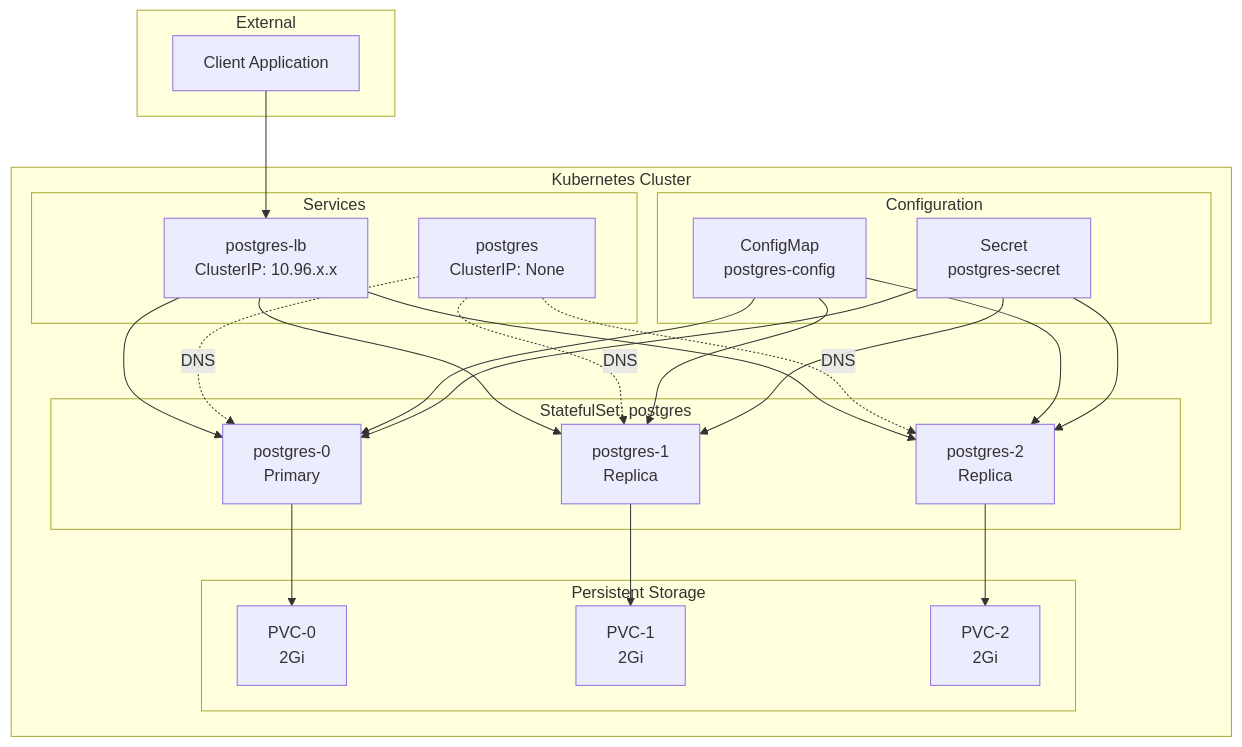
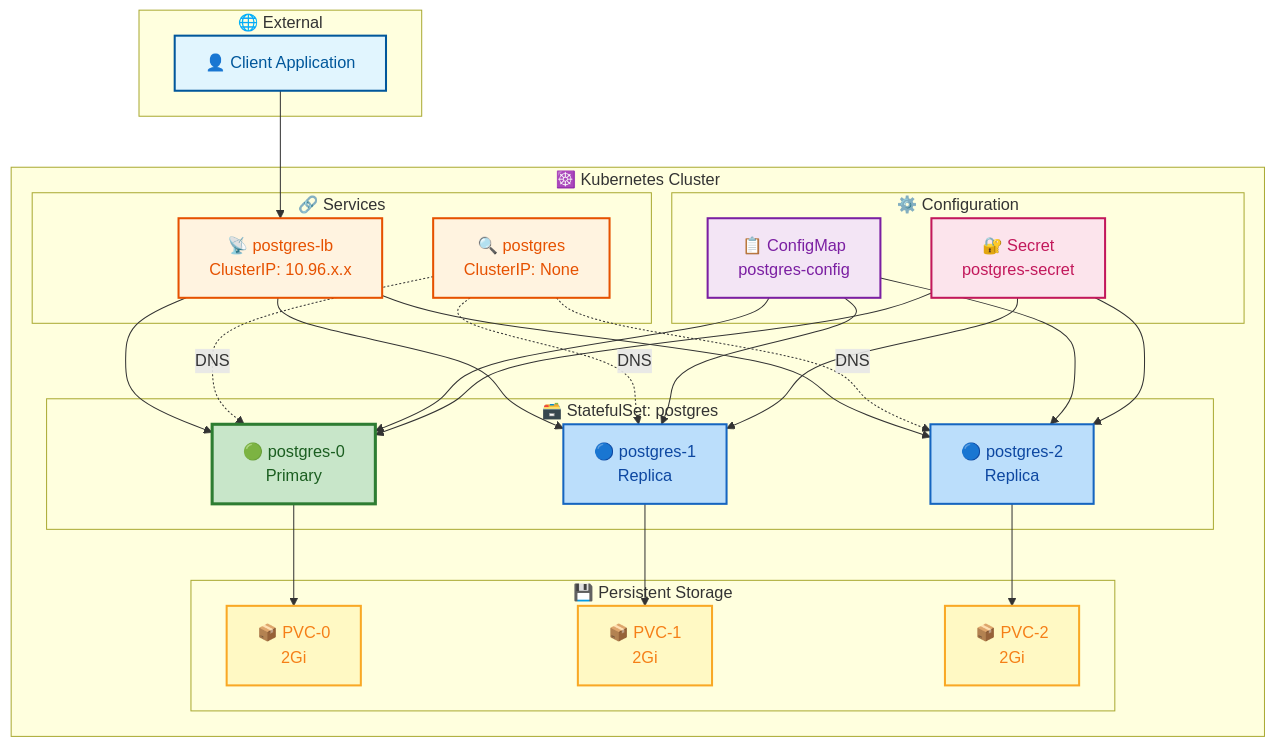
Before and after one commit to selvakumarperumal/k8s_minikube_learn: diagram 13 of 13 in Workload_and_Application_Management/statefulset-postgresql-explained.md, drawn with Mermaid. The commit also changed other lines of this file, not shown here.

Commit message:
Add PostgreSQL StatefulSet documentation with flow diagrams and detailed comments

````diff
--- a/Workload_and_Application_Management/statefulset-postgresql-explained.md
+++ b/Workload_and_Application_Management/statefulset-postgresql-explained.md
@@ -360,51 +360,64 @@
 ```mermaid
 graph TB
-    subgraph "External"
-        CLIENT[Client Application]
+    subgraph External["🌐 External"]
+        CLIENT[👤 Client Application]
     end
     
-    subgraph "Kubernetes Cluster"
-        subgraph "Services"
-            LB[postgres-lb<br/>ClusterIP: 10.96.x.x]
-            HEADLESS[postgres<br/>ClusterIP: None]
+    subgraph Cluster["☸️ Kubernetes Cluster"]
+        subgraph Services["🔗 Services"]
+            LB[📡 postgres-lb<br/>ClusterIP: 10.96.x.x]
+            HEADLESS[🔍 postgres<br/>ClusterIP: None]
         end
         
-        subgraph "Configuration"
-            CM[ConfigMap<br/>postgres-config]
-            SEC[Secret<br/>postgres-secret]
+        subgraph Config["⚙️ Configuration"]
+            CM[📋 ConfigMap<br/>postgres-config]
+            SEC[🔐 Secret<br/>postgres-secret]
         end
         
-        subgraph "StatefulSet: postgres"
-            POD0[postgres-0<br/>Primary]
-            POD1[postgres-1<br/>Replica]
-            POD2[postgres-2<br/>Replica]
+        subgraph STS["🗃️ StatefulSet: postgres"]
+            POD0[🟢 postgres-0<br/>Primary]
+            POD1[🔵 postgres-1<br/>Replica]
+            POD2[🔵 postgres-2<br/>Replica]
         end
         
-        subgraph "Persistent Storage"
-            PVC0[PVC-0<br/>2Gi]
-            PVC1[PVC-1<br/>2Gi]
-            PVC2[PVC-2<br/>2Gi]
+        subgraph Storage["💾 Persistent Storage"]
+            PVC0[📦 PVC-0<br/>2Gi]
+            PVC1[📦 PVC-1<br/>2Gi]
+            PVC2[📦 PVC-2<br/>2Gi]
         end
     end
     
     CLIENT --> LB
     LB --> POD0
     LB --> POD1
     LB --> POD2
     
     HEADLESS -.->|DNS| POD0
     HEADLESS -.->|DNS| POD1
     HEADLESS -.->|DNS| POD2
     
     CM --> POD0
     CM --> POD1
     CM --> POD2
     
     SEC --> POD0
     SEC --> POD1
     SEC --> POD2
     
     POD0 --> PVC0
     POD1 --> PVC1
     POD2 --> PVC2
+
+    %% Styling
+    style CLIENT fill:#e1f5fe,stroke:#01579b,stroke-width:2px,color:#01579b
+    style LB fill:#fff3e0,stroke:#e65100,stroke-width:2px,color:#e65100
+    style HEADLESS fill:#fff3e0,stroke:#e65100,stroke-width:2px,color:#e65100
+    style CM fill:#f3e5f5,stroke:#7b1fa2,stroke-width:2px,color:#7b1fa2
+    style SEC fill:#fce4ec,stroke:#c2185b,stroke-width:2px,color:#c2185b
+    style POD0 fill:#c8e6c9,stroke:#2e7d32,stroke-width:3px,color:#1b5e20
+    style POD1 fill:#bbdefb,stroke:#1565c0,stroke-width:2px,color:#0d47a1
+    style POD2 fill:#bbdefb,stroke:#1565c0,stroke-width:2px,color:#0d47a1
+    style PVC0 fill:#fff9c4,stroke:#f9a825,stroke-width:2px,color:#f57f17
+    style PVC1 fill:#fff9c4,stroke:#f9a825,stroke-width:2px,color:#f57f17
+    style PVC2 fill:#fff9c4,stroke:#f9a825,stroke-width:2px,color:#f57f17
 ```
````
